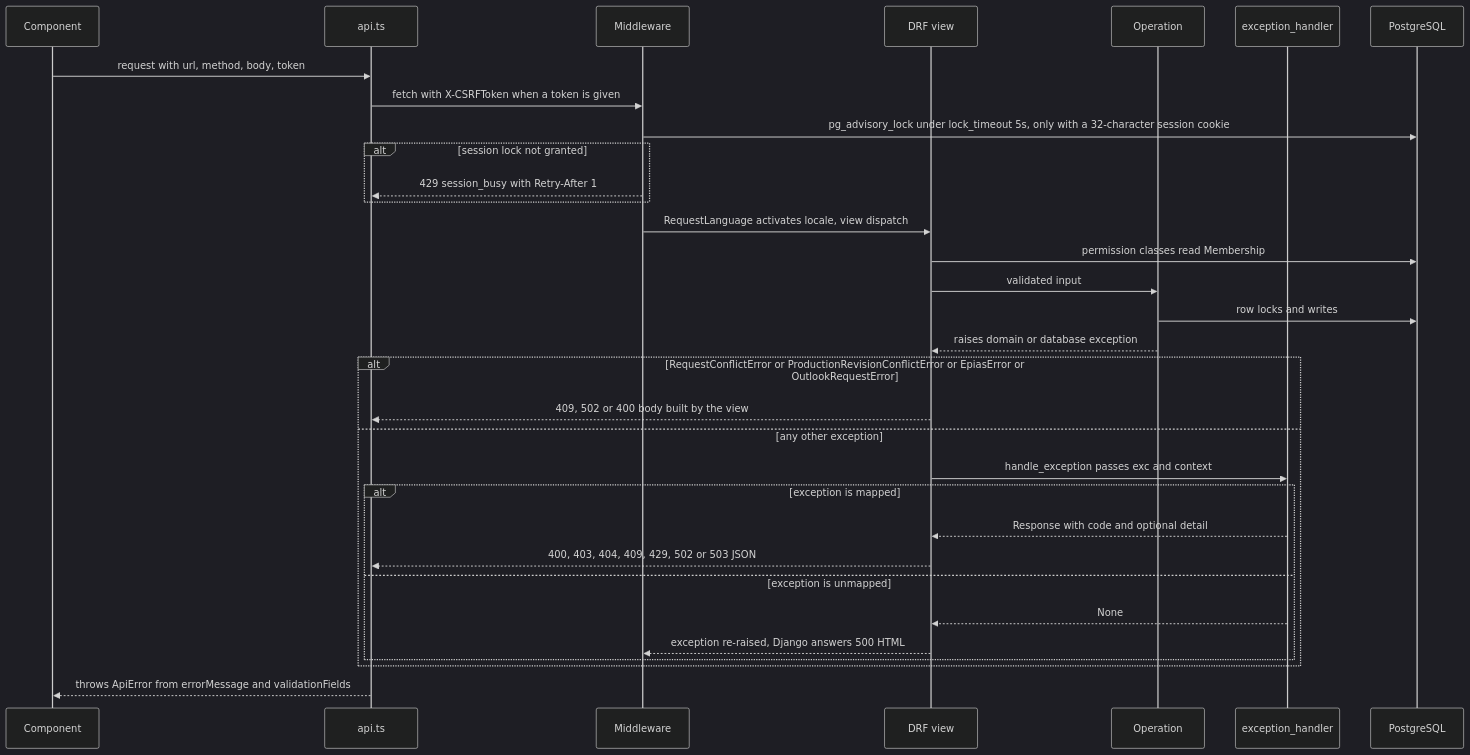
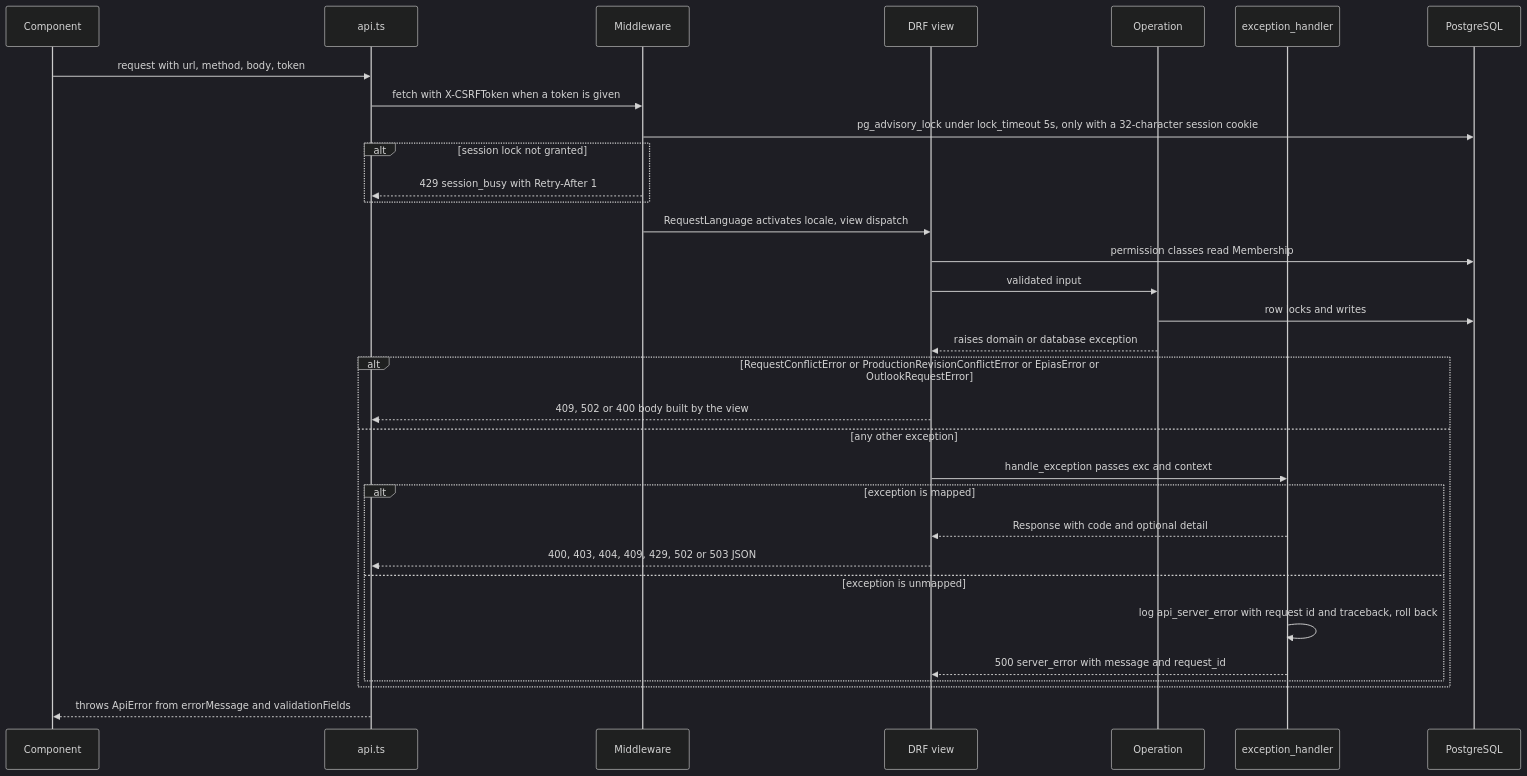
Before and after one commit to erkurtharun/pyracast: the diagram in docs/flows/api-error-contract.md, drawn with Mermaid (dark theme). The commit also changed other lines of this file and 40 other files, not shown here.

````diff
--- a/docs/flows/api-error-contract.md
+++ b/docs/flows/api-error-contract.md
@@ -14,34 +15,34 @@
 ```mermaid
 sequenceDiagram
     participant U as Component
     participant C as api.ts
     participant M as Middleware
     participant V as DRF view
     participant O as Operation
     participant H as exception_handler
     participant D as PostgreSQL
     U->>C: request with url, method, body, token
     C->>M: fetch with X-CSRFToken when a token is given
     M->>D: pg_advisory_lock under lock_timeout 5s, only with a 32-character session cookie
     alt session lock not granted
         M-->>C: 429 session_busy with Retry-After 1
     end
     M->>V: RequestLanguage activates locale, view dispatch
     V->>D: permission classes read Membership
     V->>O: validated input
     O->>D: row locks and writes
     O-->>V: raises domain or database exception
     alt RequestConflictError or ProductionRevisionConflictError or EpiasError or OutlookRequestError
         V-->>C: 409, 502 or 400 body built by the view
     else any other exception
         V->>H: handle_exception passes exc and context
         alt exception is mapped
             H-->>V: Response with code and optional detail
             V-->>C: 400, 403, 404, 409, 429, 502 or 503 JSON
         else exception is unmapped
-            H-->>V: None
-            V-->>M: exception re-raised, Django answers 500 HTML
+            H->>H: log api_server_error with request id and traceback, roll back
+            H-->>V: 500 server_error with message and request_id
         end
     end
     C-->>U: throws ApiError from errorMessage and validationFields
 ```
````
